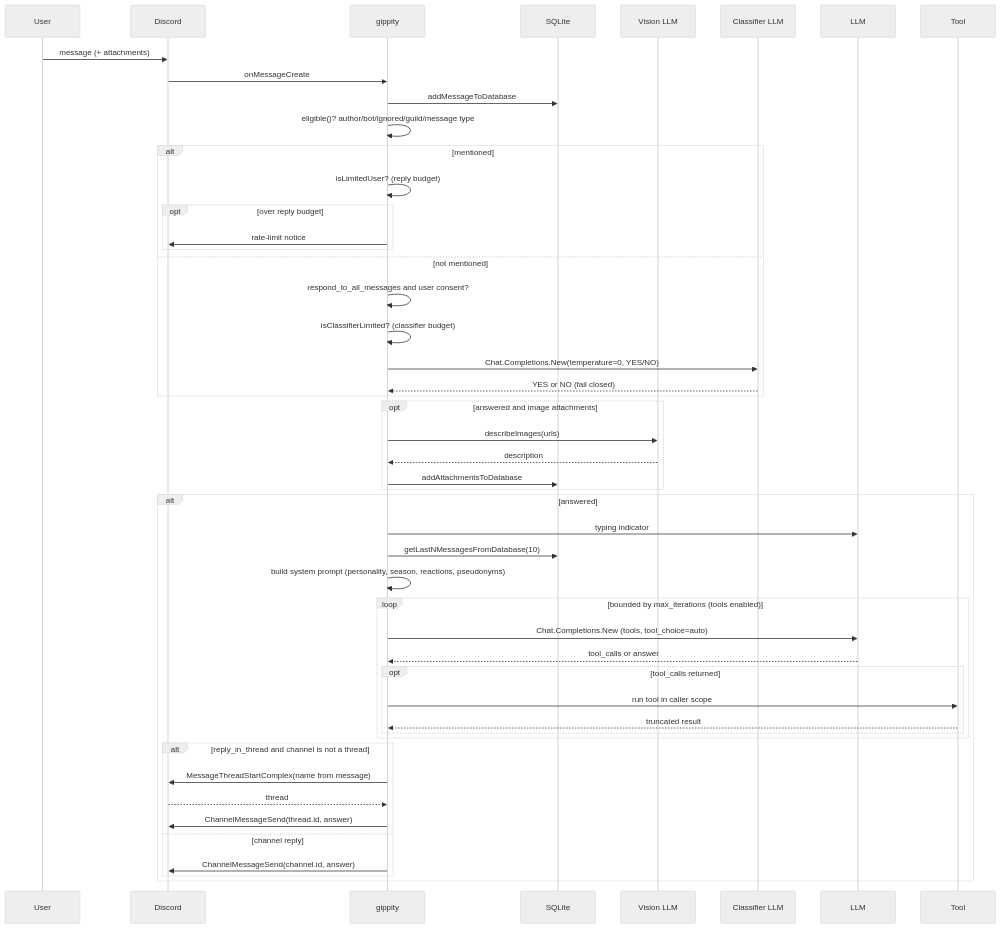
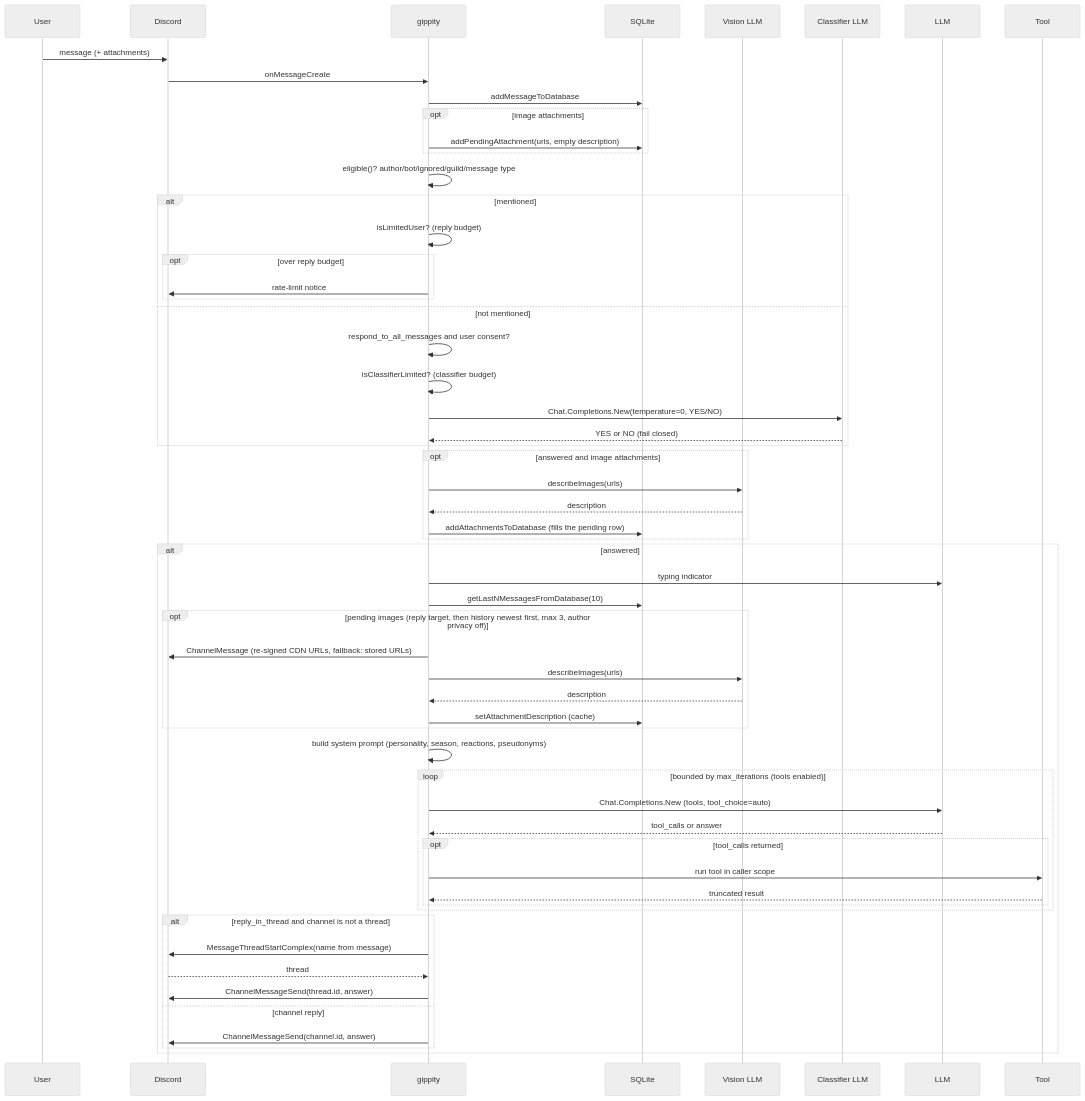
The diagram in docs/modules/gippity.md (toksikk/gidbig), drawn with Mermaid (neutral theme) before and after one commit. The commit also changed other lines of this file and 5 other files, not shown here.

First line of the commit message:
gippity: describe earlier images lazily when asked (#398)

````diff
--- a/docs/modules/gippity.md
+++ b/docs/modules/gippity.md
@@ -19,52 +19,61 @@
 ```mermaid
 sequenceDiagram
     participant U as User
     participant D as Discord
     participant G as gippity
     participant DB as SQLite
     participant V as Vision LLM
     participant C as Classifier LLM
     participant L as LLM
     participant T as Tool
 
     U->>D: message (+ attachments)
     D->>G: onMessageCreate
     G->>DB: addMessageToDatabase
+    opt image attachments
+        G->>DB: addPendingAttachment(urls, empty description)
+    end
     G->>G: eligible()? author/bot/ignored/guild/message type
     alt mentioned
         G->>G: isLimitedUser? (reply budget)
         opt over reply budget
             G->>D: rate-limit notice
         end
     else not mentioned
         G->>G: respond_to_all_messages and user consent?
         G->>G: isClassifierLimited? (classifier budget)
         G->>C: Chat.Completions.New(temperature=0, YES/NO)
         C-->>G: YES or NO (fail closed)
     end
     opt answered and image attachments
         G->>V: describeImages(urls)
         V-->>G: description
-        G->>DB: addAttachmentsToDatabase
+        G->>DB: addAttachmentsToDatabase (fills the pending row)
     end
     alt answered
         G->>L: typing indicator
         G->>DB: getLastNMessagesFromDatabase(10)
+        opt pending images (reply target, then history newest first, max 3, author privacy off)
+            G->>D: ChannelMessage (re-signed CDN URLs, fallback: stored URLs)
+            G->>V: describeImages(urls)
+            V-->>G: description
+            G->>DB: setAttachmentDescription (cache)
+        end
         G->>G: build system prompt (personality, season, reactions, pseudonyms)
         loop bounded by max_iterations (tools enabled)
             G->>L: Chat.Completions.New (tools, tool_choice=auto)
             L-->>G: tool_calls or answer
             opt tool_calls returned
                 G->>T: run tool in caller scope
                 T-->>G: truncated result
             end
         end
         alt reply_in_thread and channel is not a thread
             G->>D: MessageThreadStartComplex(name from message)
             D-->>G: thread
             G->>D: ChannelMessageSend(thread.id, answer)
         else channel reply
             G->>D: ChannelMessageSend(channel.id, answer)
         end
     end
 ```
````
